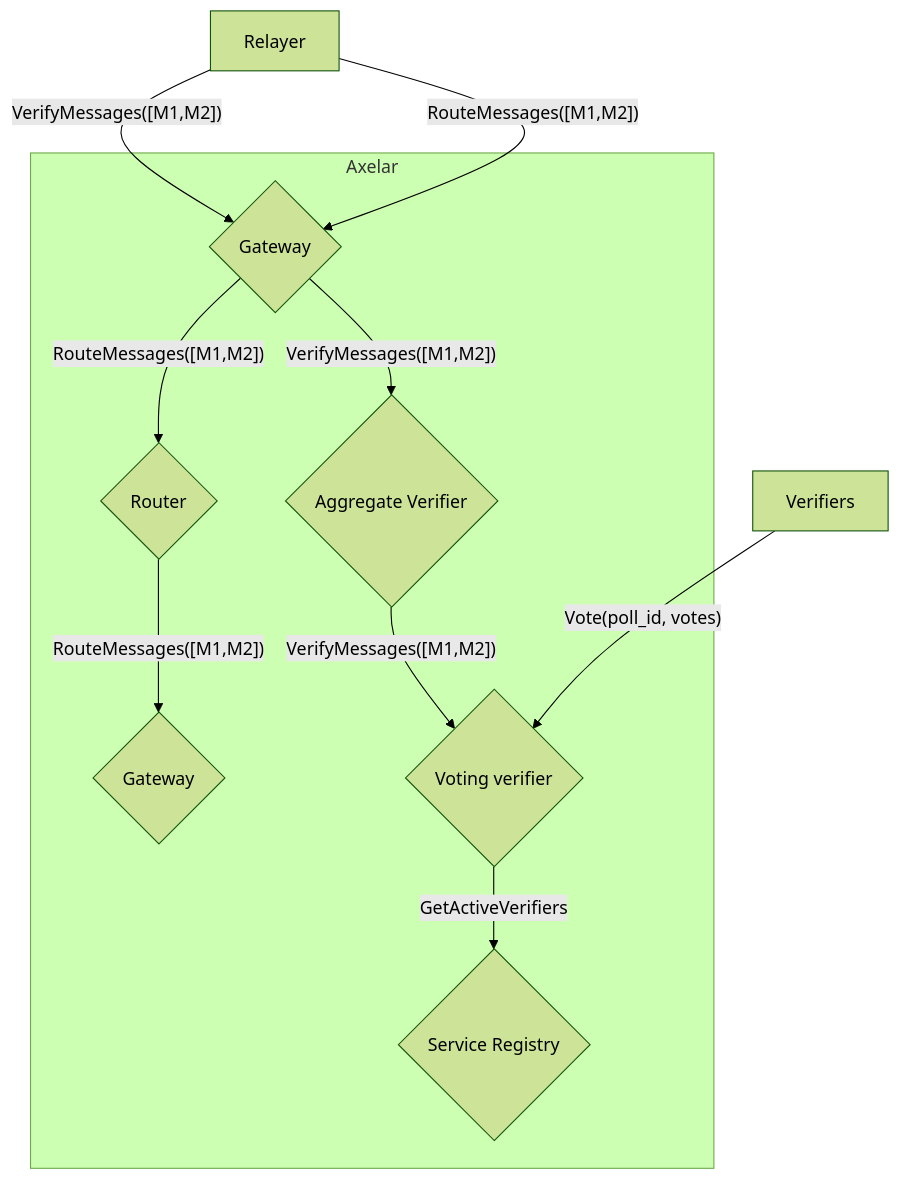
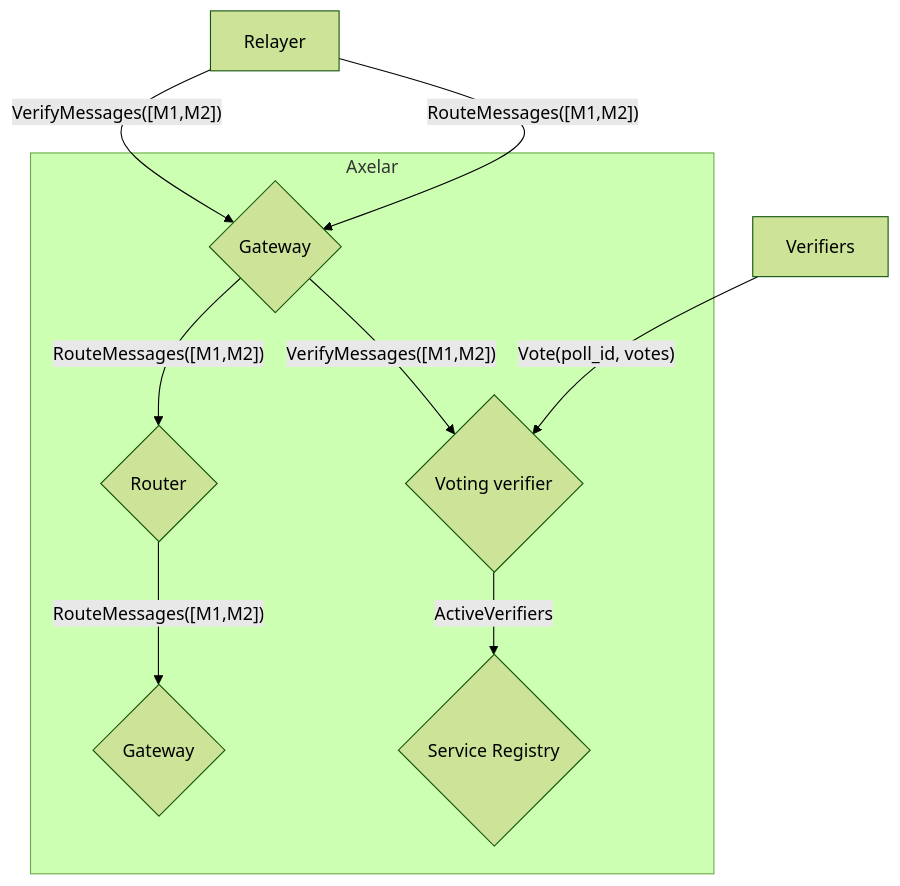
One commit to axelarnetwork/axelar-amplifier changed the first of 4 diagrams in doc/src/overview.md. Above: the diagram before and after it, drawn with Mermaid (forest theme). The commit also changed other lines of this file, not shown here.

````diff
--- a/doc/src/overview.md
+++ b/doc/src/overview.md
@@ -27,21 +27,19 @@
 ```mermaid
 flowchart TD
 subgraph Axelar
 	G1{"Gateway"}
     G2{"Gateway"}
-	Vr{"Aggregate Verifier"}
 	Vo{"Voting verifier"}
 	R{"Router"}
     S{"Service Registry"}
 end
 
 Relayer --"VerifyMessages([M1,M2])"-->G1
-G1 --"VerifyMessages([M1,M2])"--> Vr
-Vr --"VerifyMessages([M1,M2])"--> Vo
-Vo --"GetActiveVerifiers"--> S
+G1 --"VerifyMessages([M1,M2])"--> Vo
+Vo --"ActiveVerifiers"--> S
 Verifiers --"Vote(poll_id, votes)"--> Vo
 
 Relayer --"RouteMessages([M1,M2])"-->G1
 G1 --"RouteMessages([M1,M2])"-->R
 R --"RouteMessages([M1,M2])"-->G2
 ```
````
